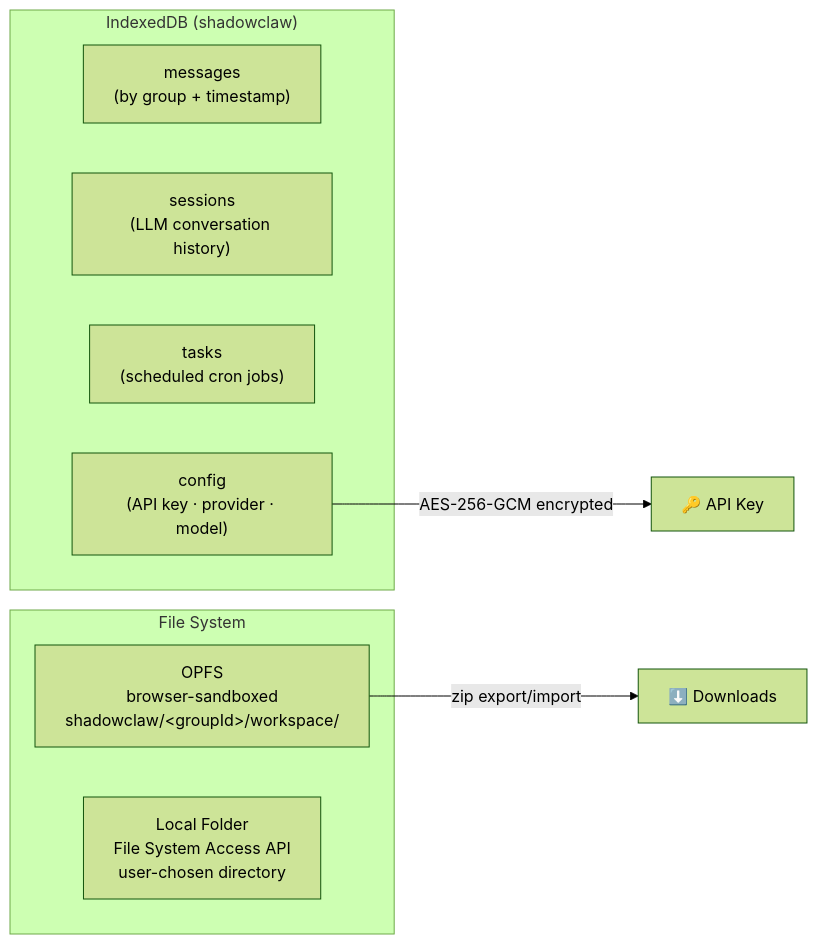
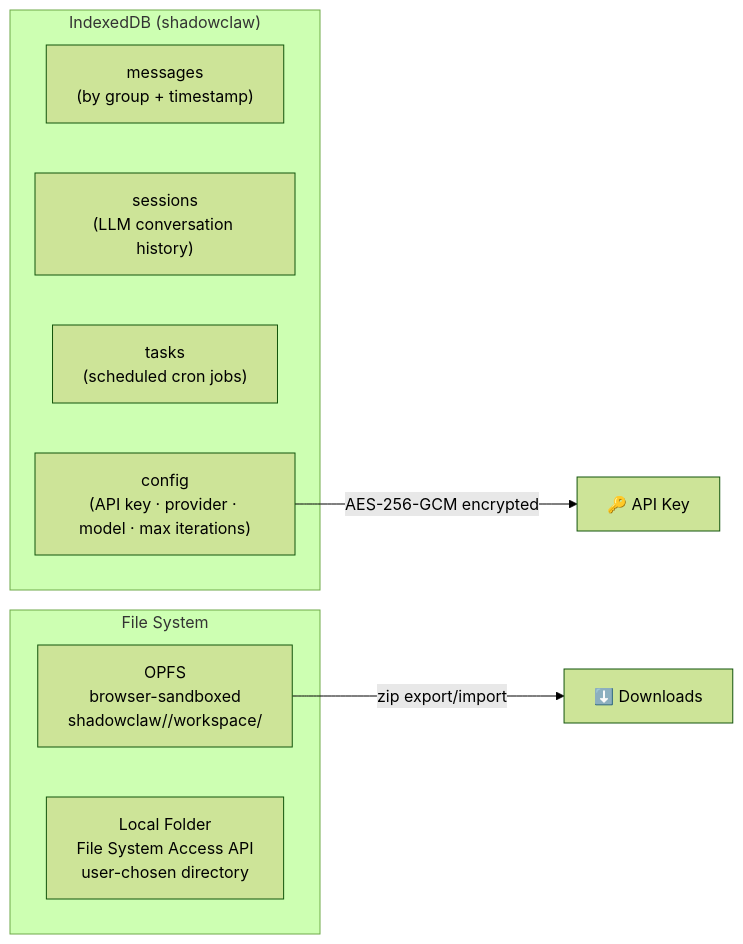
One commit to xt-ml/shadow-claw changed the third of 3 diagrams in README.md. Above: the diagram before and after it, drawn with Mermaid (forest theme). The commit also changed other lines of this file and 811 other files, not shown here.

````diff
--- a/README.md
+++ b/README.md
@@ -151,15 +336,15 @@
 ```mermaid
 graph LR
   subgraph IndexedDB ["IndexedDB (shadowclaw)"]
     messages["messages<br>(by group + timestamp)"]
     sessions["sessions<br>(LLM conversation history)"]
     tasks["tasks<br>(scheduled cron jobs)"]
-    config["config<br>(API key · provider · model)"]
+    config["config<br>(API key · provider · model · max iterations)"]
   end
   subgraph FileSystem ["File System"]
-    OPFS["OPFS<br>browser-sandboxed<br>shadowclaw/&lt;groupId&gt;/workspace/"]
+    OPFS["OPFS<br>browser-sandboxed<br>shadowclaw/<groupId>/workspace/"]
     LocalFolder["Local Folder<br>File System Access API<br>user-chosen directory"]
   end
-    OPFS -->|zip export/import| Downloads["⬇️ Downloads"]
+  OPFS -->|zip export/import| Downloads["⬇️ Downloads"]
   config -->|AES-256-GCM encrypted| ApiKey["🔑 API Key"]
 ```
````
